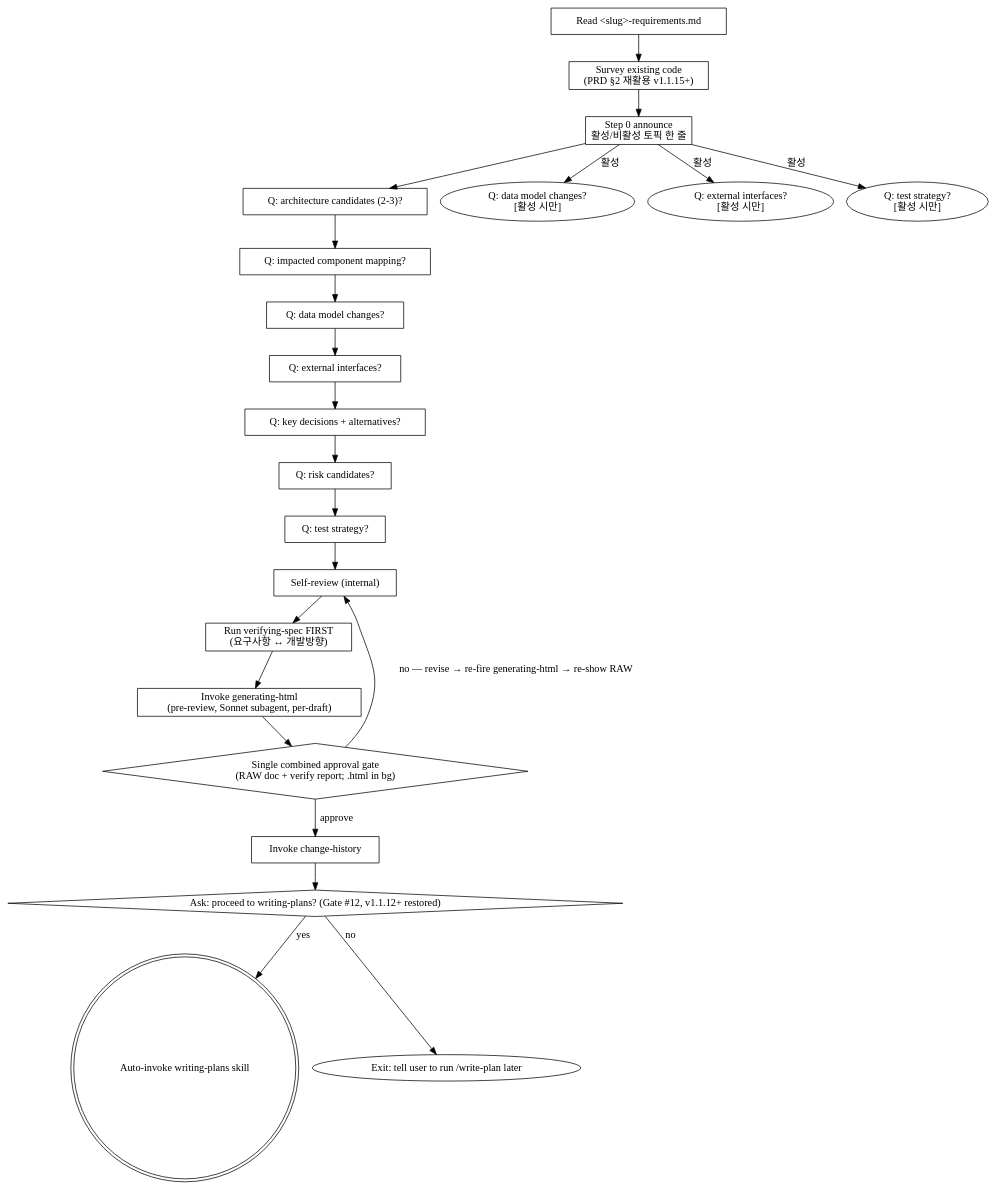
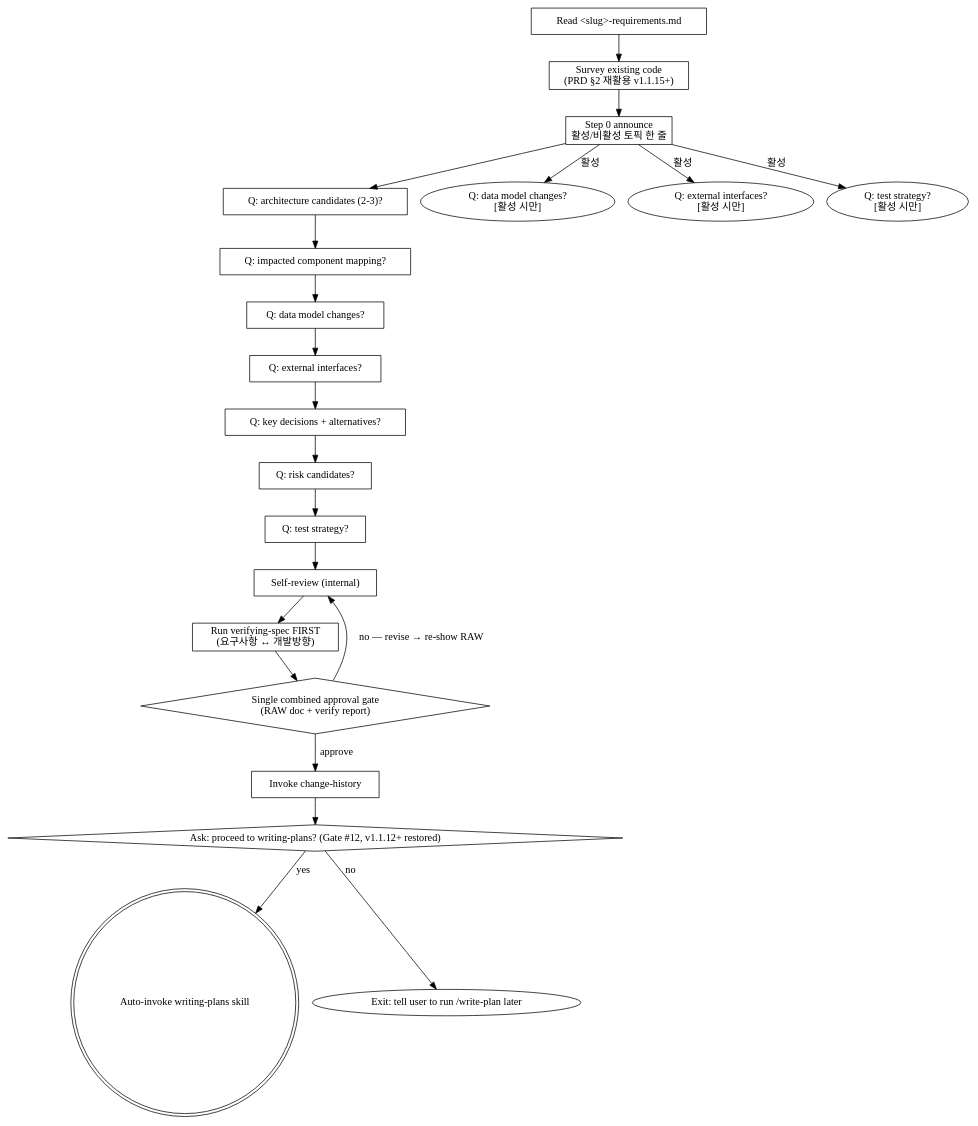
The diagram in skills/tech-design/SKILL.md (LonerStayle/js-super), drawn with Graphviz before and after one commit. The commit also changed other lines of this file and 9 other files, not shown here.

First line of the commit message:
feat: generating-html 기본 플로우 자동 발동 제거 + 커맨드 전용 강등 (v2.8.2)

````diff
--- a/skills/tech-design/SKILL.md
+++ b/skills/tech-design/SKILL.md
@@ -106,44 +105,42 @@
 ```dot
 digraph design_flow {
     "Read <slug>-requirements.md" [shape=box];
     "Survey existing code\n(PRD §2 재활용 v1.1.15+)" [shape=box];
     "Step 0 announce\n활성/비활성 토픽 한 줄" [shape=box];
     "Q: architecture candidates (2-3)?" [shape=box];
     "Q: impacted component mapping?" [shape=box];
     "Q: data model changes?" [shape=box];
     "Q: external interfaces?" [shape=box];
     "Q: key decisions + alternatives?" [shape=box];
     "Q: risk candidates?" [shape=box];
     "Q: test strategy?" [shape=box];
     "Self-review (internal)" [shape=box];
     "Run verifying-spec FIRST\n(요구사항 ↔ 개발방향)" [shape=box];
-    "Invoke generating-html\n(pre-review, Sonnet subagent, per-draft)" [shape=box];
-    "Single combined approval gate\n(RAW doc + verify report; .html in bg)" [shape=diamond];
+    "Single combined approval gate\n(RAW doc + verify report)" [shape=diamond];
     "Invoke change-history" [shape=box];
     "Ask: proceed to writing-plans? (Gate #12, v1.1.12+ restored)" [shape=diamond];
     "Auto-invoke writing-plans skill" [shape=doublecircle];
     "Exit: tell user to run /write-plan later" [shape=oval];
 
     "Read <slug>-requirements.md" -> "Survey existing code\n(PRD §2 재활용 v1.1.15+)";
     "Survey existing code\n(PRD §2 재활용 v1.1.15+)" -> "Step 0 announce\n활성/비활성 토픽 한 줄";
     "Step 0 announce\n활성/비활성 토픽 한 줄" -> "Q: architecture candidates (2-3)?";
     "Step 0 announce\n활성/비활성 토픽 한 줄" -> "Q: data model changes?\n[활성 시만]" [label="활성"];
     "Step 0 announce\n활성/비활성 토픽 한 줄" -> "Q: external interfaces?\n[활성 시만]" [label="활성"];
     "Step 0 announce\n활성/비활성 토픽 한 줄" -> "Q: test strategy?\n[활성 시만]" [label="활성"];
     "Q: architecture candidates (2-3)?" -> "Q: impacted component mapping?";
     "Q: impacted component mapping?" -> "Q: data model changes?";
     "Q: data model changes?" -> "Q: external interfaces?";
     "Q: external interfaces?" -> "Q: key decisions + alternatives?";
     "Q: key decisions + alternatives?" -> "Q: risk candidates?";
     "Q: risk candidates?" -> "Q: test strategy?";
     "Q: test strategy?" -> "Self-review (internal)";
     "Self-review (internal)" -> "Run verifying-spec FIRST\n(요구사항 ↔ 개발방향)";
-    "Run verifying-spec FIRST\n(요구사항 ↔ 개발방향)" -> "Invoke generating-html\n(pre-review, Sonnet subagent, per-draft)";
-    "Invoke generating-html\n(pre-review, Sonnet subagent, per-draft)" -> "Single combined approval gate\n(RAW doc + verify report; .html in bg)";
-    "Single combined approval gate\n(RAW doc + verify report; .html in bg)" -> "Self-review (internal)" [label="no — revise → re-fire generating-html → re-show RAW"];
-    "Single combined approval gate\n(RAW doc + verify report; .html in bg)" -> "Invoke change-history" [label="approve"];
+    "Run verifying-spec FIRST\n(요구사항 ↔ 개발방향)" -> "Single combined approval gate\n(RAW doc + verify report)";
+    "Single combined approval gate\n(RAW doc + verify report)" -> "Self-review (internal)" [label="no — revise → re-show RAW"];
+    "Single combined approval gate\n(RAW doc + verify report)" -> "Invoke change-history" [label="approve"];
     "Invoke change-history" -> "Ask: proceed to writing-plans? (Gate #12, v1.1.12+ restored)";
     "Ask: proceed to writing-plans? (Gate #12, v1.1.12+ restored)" -> "Auto-invoke writing-plans skill" [label="yes"];
     "Ask: proceed to writing-plans? (Gate #12, v1.1.12+ restored)" -> "Exit: tell user to run /write-plan later" [label="no"];
 }
 ```
````
